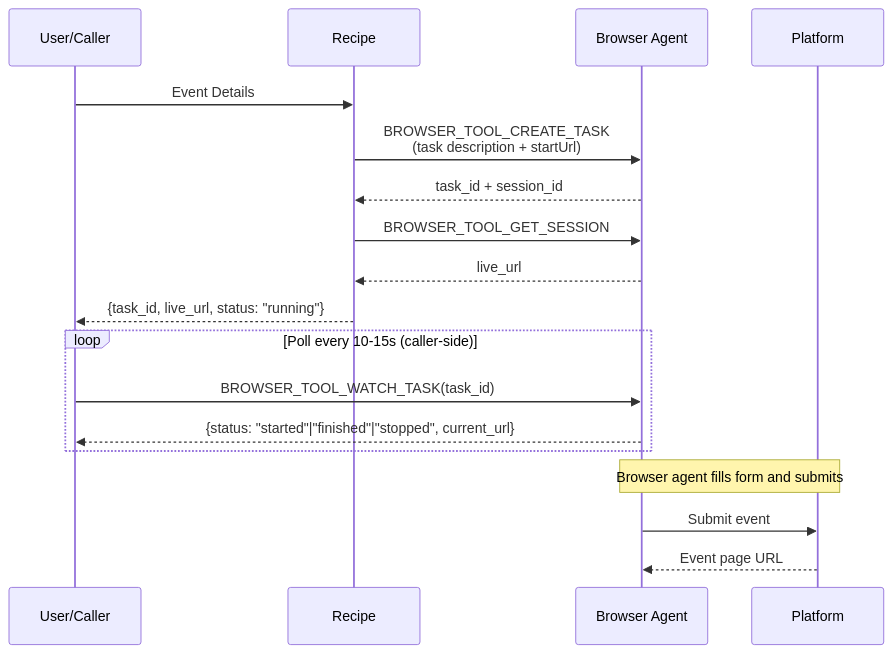
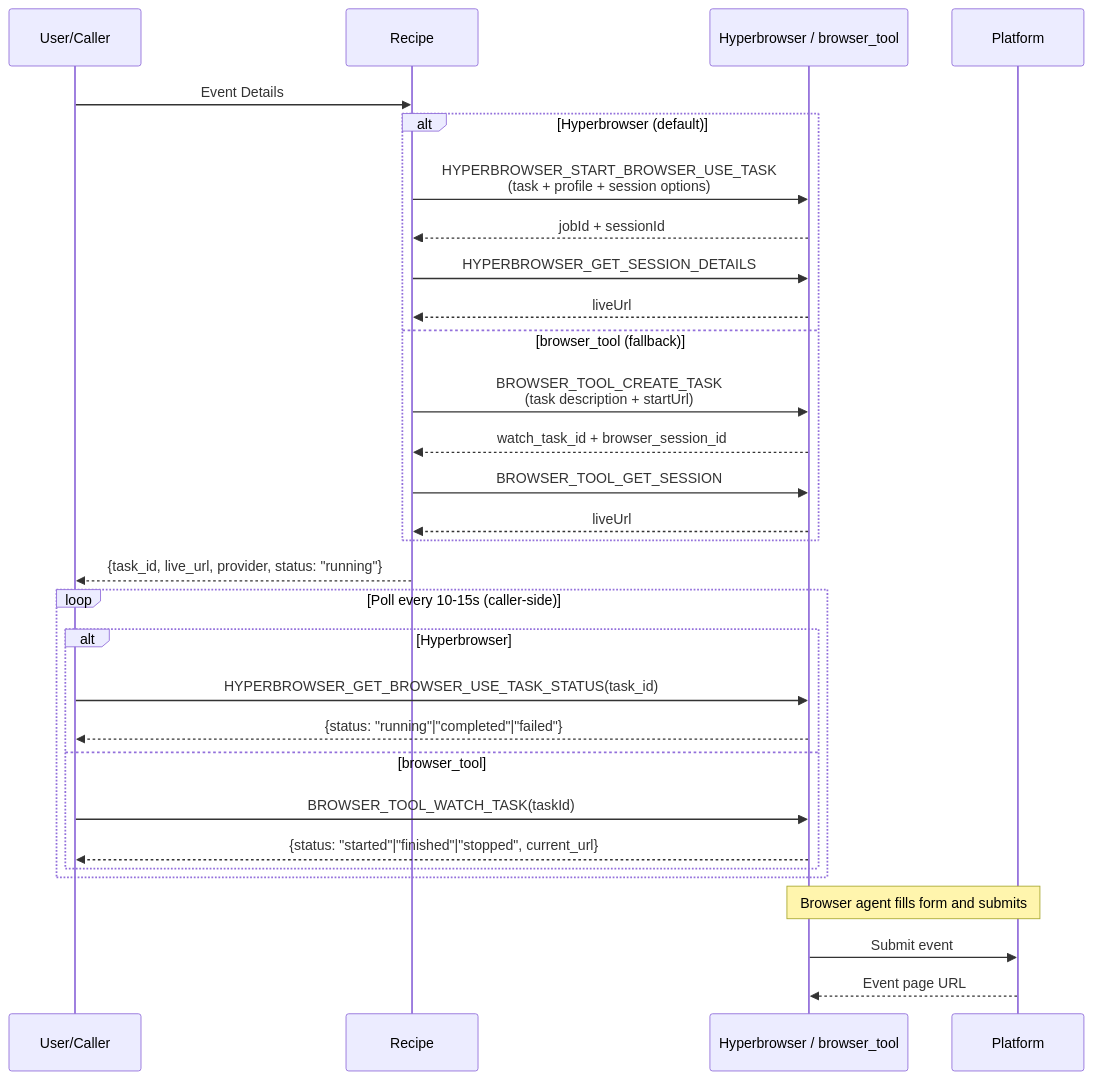
Before and after one commit to Coffee-Code-Philly-Accelerator/CCP-Digital-Marketing: the third of 6 diagrams in README.md, drawn with Mermaid. The commit also changed other lines of this file, not shown here.

First line of the commit message:
Update README with Hyperbrowser dual-provider architecture

````diff
--- a/README.md
+++ b/README.md
@@ -160,23 +168,35 @@
 ```mermaid
 sequenceDiagram
     participant U as User/Caller
     participant R as Recipe
-    participant B as Browser Agent
+    participant HB as Hyperbrowser / browser_tool
     participant P as Platform
 
     U->>R: Event Details
-    R->>B: BROWSER_TOOL_CREATE_TASK<br/>(task description + startUrl)
-    B-->>R: task_id + session_id
-    R->>B: BROWSER_TOOL_GET_SESSION
-    B-->>R: live_url
-    R-->>U: {task_id, live_url, status: "running"}
+    alt Hyperbrowser (default)
+        R->>HB: HYPERBROWSER_START_BROWSER_USE_TASK<br/>(task + profile + session options)
+        HB-->>R: jobId + sessionId
+        R->>HB: HYPERBROWSER_GET_SESSION_DETAILS
+        HB-->>R: liveUrl
+    else browser_tool (fallback)
+        R->>HB: BROWSER_TOOL_CREATE_TASK<br/>(task description + startUrl)
+        HB-->>R: watch_task_id + browser_session_id
+        R->>HB: BROWSER_TOOL_GET_SESSION
+        HB-->>R: liveUrl
+    end
+    R-->>U: {task_id, live_url, provider, status: "running"}
 
     loop Poll every 10-15s (caller-side)
-        U->>B: BROWSER_TOOL_WATCH_TASK(task_id)
-        B-->>U: {status: "started"|"finished"|"stopped", current_url}
+        alt Hyperbrowser
+            U->>HB: HYPERBROWSER_GET_BROWSER_USE_TASK_STATUS(task_id)
+            HB-->>U: {status: "running"|"completed"|"failed"}
+        else browser_tool
+            U->>HB: BROWSER_TOOL_WATCH_TASK(taskId)
+            HB-->>U: {status: "started"|"finished"|"stopped", current_url}
+        end
     end
 
-    Note over B,P: Browser agent fills form and submits
-    B->>P: Submit event
-    P-->>B: Event page URL
+    Note over HB,P: Browser agent fills form and submits
+    HB->>P: Submit event
+    P-->>HB: Event page URL
 ```
````
